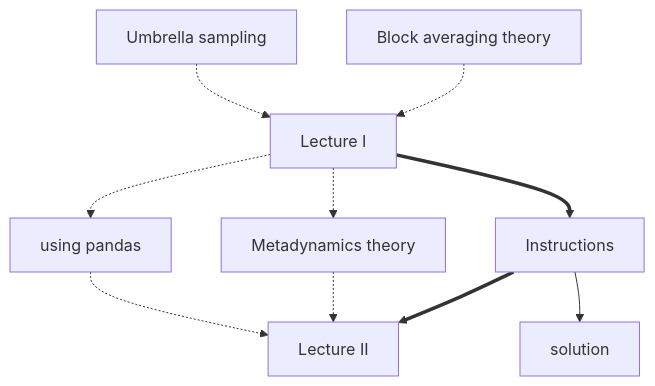
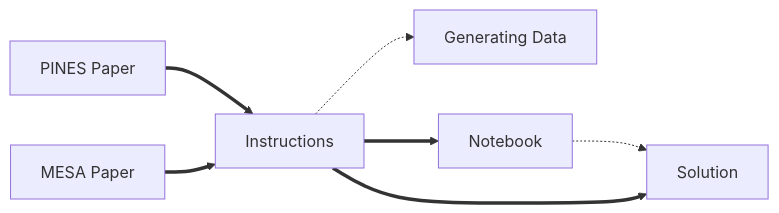
Before and after one commit to aniruddha-seal/pines_tutorial: the diagram in NAVIGATION.md, drawn with Mermaid.

Commit message:
added flowchart

````diff
--- a/NAVIGATION.md
+++ b/NAVIGATION.md
@@ -1,20 +1,15 @@
 ```mermaid
-flowchart TB;
-  A[Umbrella sampling] -.-> C[Lecture I] 
-  B[Block averaging theory] -.-> C
-  C -.-> H[Metadynamics theory];
-  C ==> D[Instructions];
-  C -.-> G[using pandas];
-  G -.-> E;
-  H -.-> E;
-  D ==> E[Lecture II];
-  D --> F[solution];
-  click A "ref1" "This lesson teaches you how to run umbrella sampling calculations. You will need to follow the instructions on installing gromacs and plumed within it to run your metadynamics simulation. However, you do not need to perform the exercises on umbrella sampling in order to perfom these exercises on metadynamics";
-  click B "ref2" "This lesson introduces you to more of the theory of block averaging.  You use this method here to calculate the error bars on the averages that you obtain from your metadynamics simulations";
-  click C "video1" "A lecture that was given on March 1st 2021 as part of the plumed masterclass series that introduces you to the exercises in this lesson";
-  click D "INSTRUCTIONS.md" "The instructions for the exercises";
-  click E "video2" "A lecture that was given on March 8th 2021 as part of the plumed masterclass series that goes through the solutions to the exercises in the lesson";
-  click F "notebooks/solution.ipynb" "A python notebook that contains a full set of solutions to the exercises that are discussed in the masterclass.  This notebook is the one that was editted during the section video lecture of the masterclass";
-  click G "notebooks/plumed-pandas.ipynb" "A python notebook file that illustrates how you can use pandas to read in COLVAR files that are generated with PLUMED";
-  click H "THEORY.md" "A (very) brief introduction to the theory of metadynamics.  If you are interested in learning more about metadyanmics we would strongly encourage you to read one of the many reviews on this topic.  There are links to suitable reviews in the exercises.";
+flowchart LR;
+  A[PINES Paper] ==> C[Instructions] 
+  B[MESA Paper] ==> C
+  C -.-> E[Generating Data];
+  C ==> D[Notebook];
+  D -.-> F;
+  C ==> F[Solution];
+  click A "ref1" "The paper about the PINES method introduced in this tutorial";
+  click B "ref2" "The paper about the MESA method, the previous iteration of PINES which is not permutation invariant";
+  click C "INSTRUCTIONS.md" "A very brief introduction to PINES and the instructions for the exercises";
+  click E "data/" "Generating data for the tutorial";
+  click D "notebooks/exercise.ipynb" "A python notebook file containing the exercise";
+  click F "notebooks/solution.ipynb" "A python notebook that contains solutions to the exercises";
 ```
````
